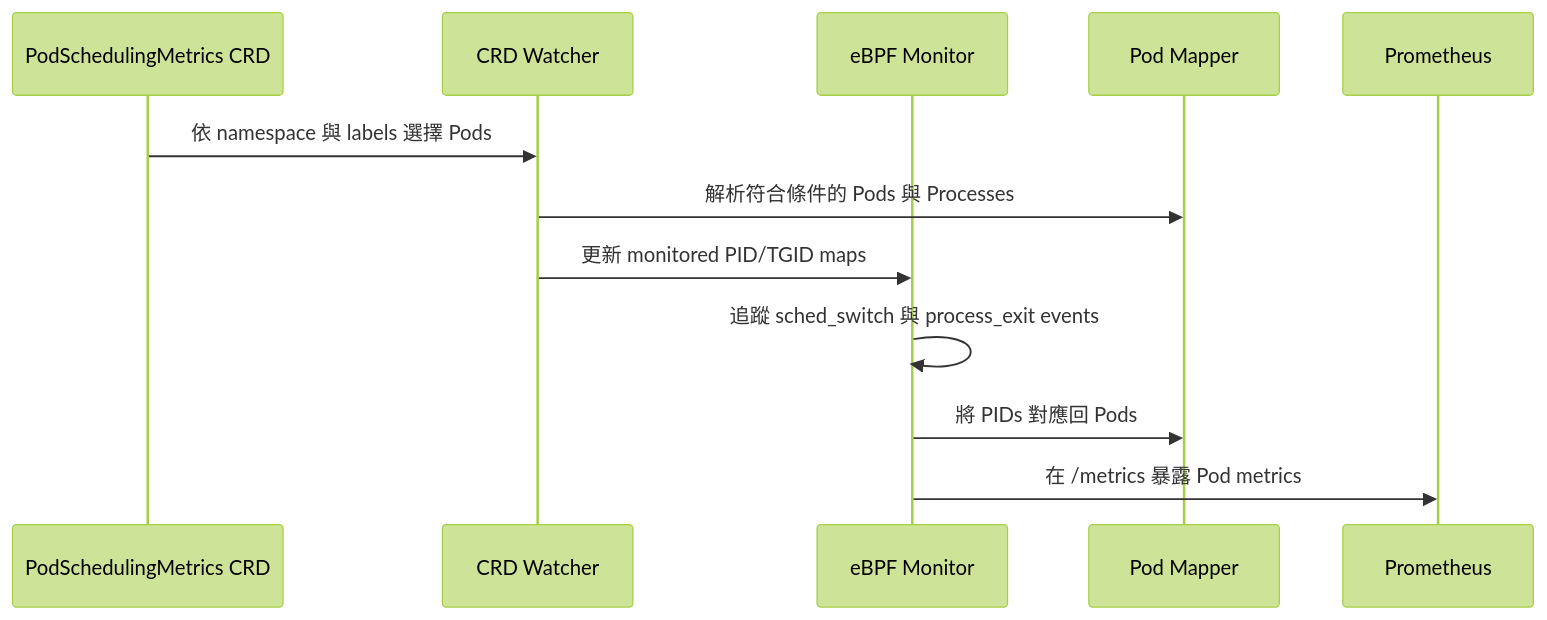
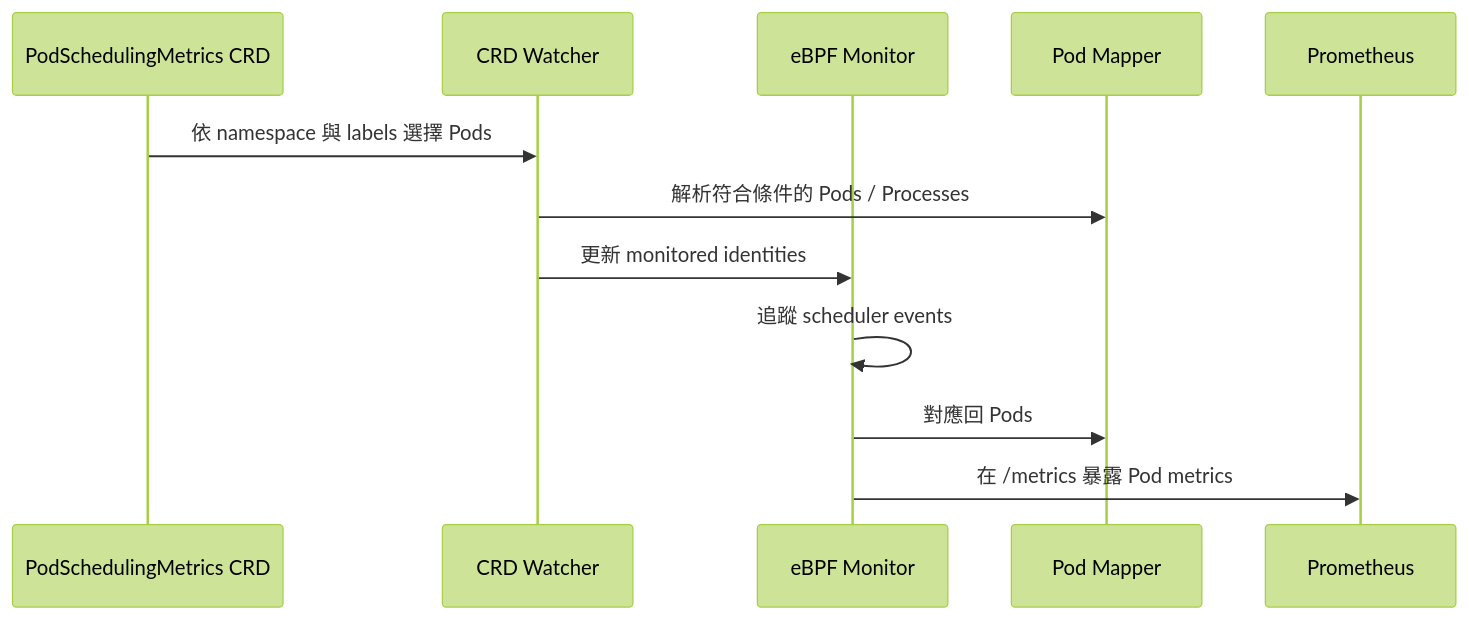
The second of 3 diagrams in docs/how-it-works.zh.md (Gthulhu/docs), drawn with Mermaid (forest theme) before and after one commit. The commit also changed other lines of this file, not shown here.

````diff
--- a/docs/how-it-works.zh.md
+++ b/docs/how-it-works.zh.md
@@ -80,15 +59,15 @@
 ```mermaid
 sequenceDiagram
     participant C as PodSchedulingMetrics CRD
     participant W as CRD Watcher
     participant B as eBPF Monitor
     participant P as Pod Mapper
     participant M as Prometheus
 
     C->>W: 依 namespace 與 labels 選擇 Pods
-    W->>P: 解析符合條件的 Pods 與 Processes
-    W->>B: 更新 monitored PID/TGID maps
-    B->>B: 追蹤 sched_switch 與 process_exit events
-    B->>P: 將 PIDs 對應回 Pods
+    W->>P: 解析符合條件的 Pods / Processes
+    W->>B: 更新 monitored identities
+    B->>B: 追蹤 scheduler events
+    B->>P: 對應回 Pods
     B->>M: 在 /metrics 暴露 Pod metrics
 ```
````
